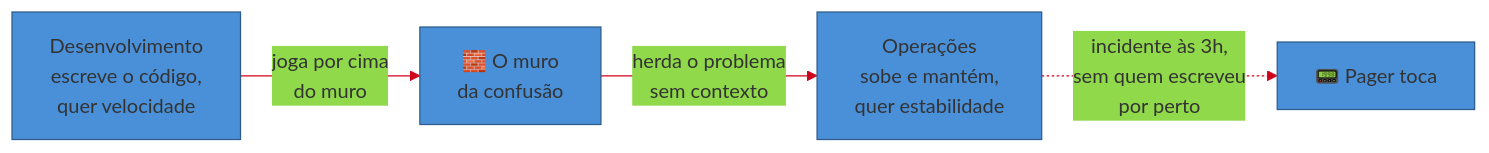
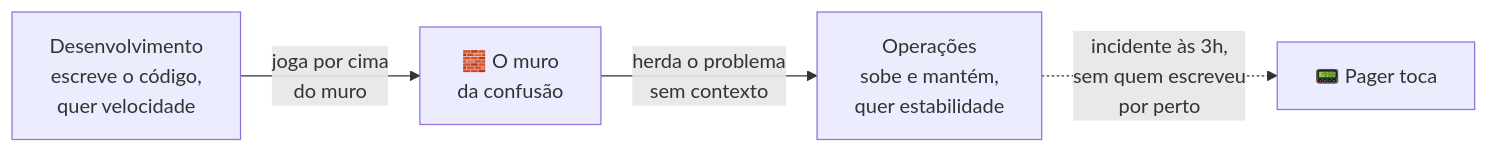
Before and after one commit to josenaldo/codex-technomanticus: the first of 3 diagrams in 03-Dominios/Engenharia/Operação/1 - O ofício de operar/01 - O que é operar um sistema.md, drawn with Mermaid. The commit also changed other lines of this file and 1181 other files, not shown here.

First line of the commit message:
fix(diagramas): paleta do sistema no lugar de cor cravada no markdown

````diff
--- a/03-Dominios/Engenharia/Operação/1 - O ofício de operar/01 - O que é operar um sistema.md
+++ b/03-Dominios/Engenharia/Operação/1 - O ofício de operar/01 - O que é operar um sistema.md
@@ -46,7 +46,6 @@
 ```mermaid
-%%{init: {"theme": "base", "themeVariables": {"primaryColor": "#4A90D9", "primaryBorderColor": "#2E5C8A", "lineColor": "#D0021B"}}}%%
 graph LR
     DEV["Desenvolvimento<br/>escreve o código,<br/>quer velocidade"] -->|"joga por cima<br/>do muro"| WALL["🧱 O muro<br/>da confusão"]
     WALL -->|"herda o problema<br/>sem contexto"| OPS["Operações<br/>sobe e mantém,<br/>quer estabilidade"]
     OPS -.->|"incidente às 3h,<br/>sem quem escreveu<br/>por perto"| PAGER["📟 Pager toca"]
 ```
````
